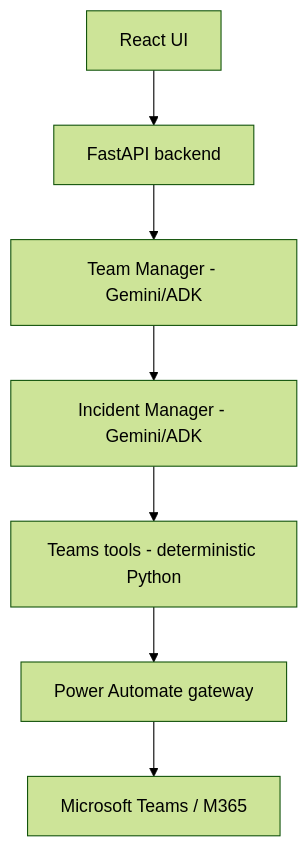
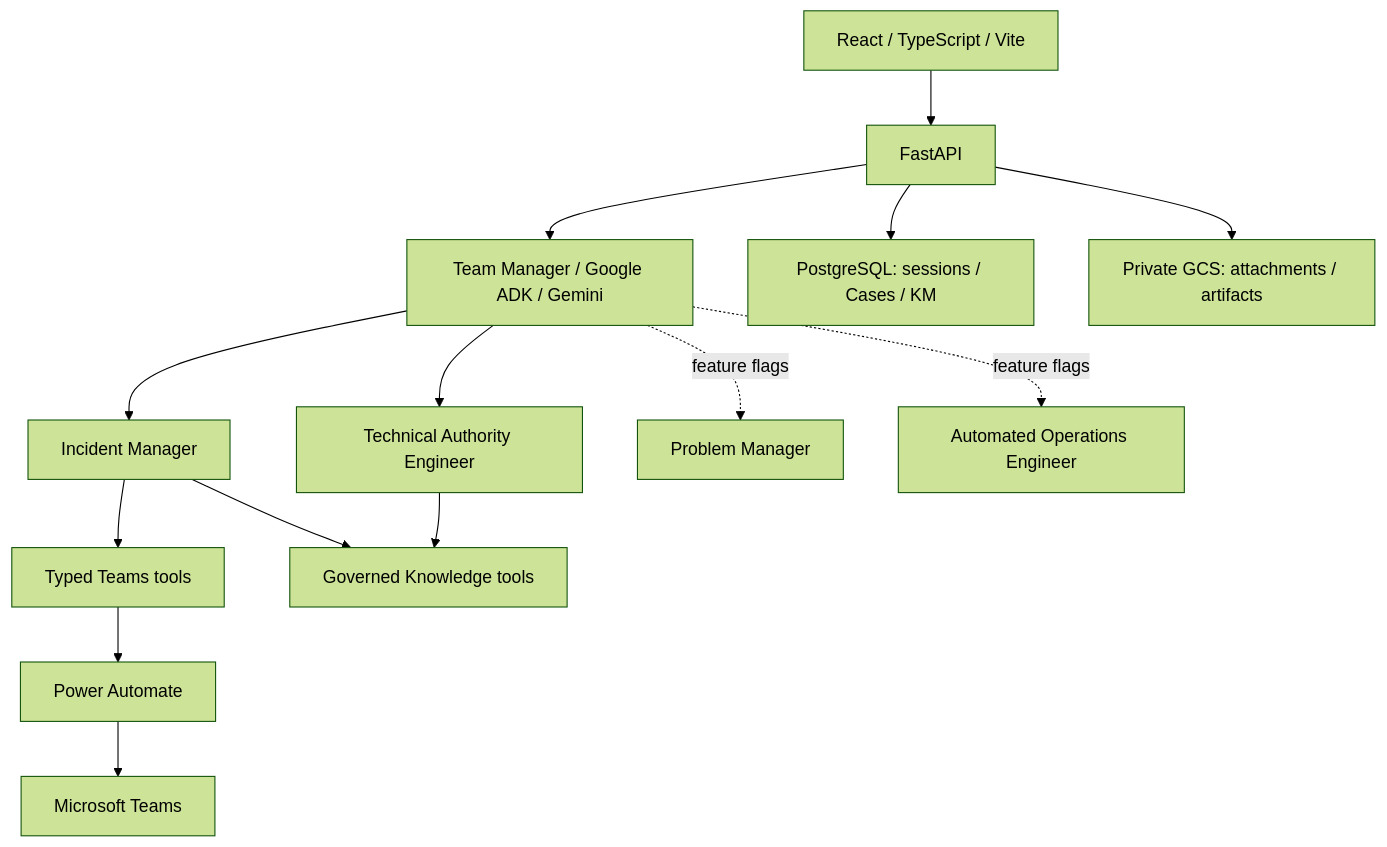
One commit to drak0niii/SLOPANOC changed the diagram in README.md. Above: the diagram before and after it, drawn with Mermaid (forest theme). The commit also changed other lines of this file and 5 other files, not shown here.

````diff
--- a/README.md
+++ b/README.md
@@ -126,9 +34,15 @@
 ```mermaid
 flowchart TD
-    UI[React UI] --> API[FastAPI backend]
-    API --> TM[Team Manager - Gemini/ADK]
-    TM --> IM[Incident Manager - Gemini/ADK]
-    IM --> TOOLS[Teams tools - deterministic Python]
-    TOOLS --> PA[Power Automate gateway]
-    PA --> M365[Microsoft Teams / M365]
+    UI[React / TypeScript / Vite] --> API[FastAPI]
+    API --> TM[Team Manager / Google ADK / Gemini]
+    TM --> IM[Incident Manager]
+    TM --> TAE[Technical Authority Engineer]
+    TM -. feature flags .-> PM[Problem Manager]
+    TM -. feature flags .-> AOE[Automated Operations Engineer]
+    IM --> T[Typed Teams tools]
+    T --> PA[Power Automate] --> MS[Microsoft Teams]
+    IM --> KM[Governed Knowledge tools]
+    TAE --> KM
+    API --> DB[PostgreSQL: sessions / Cases / KM]
+    API --> GCS[Private GCS: attachments / artifacts]
 ```
````
